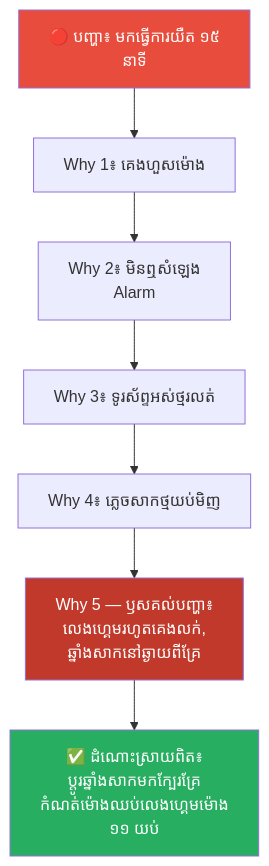
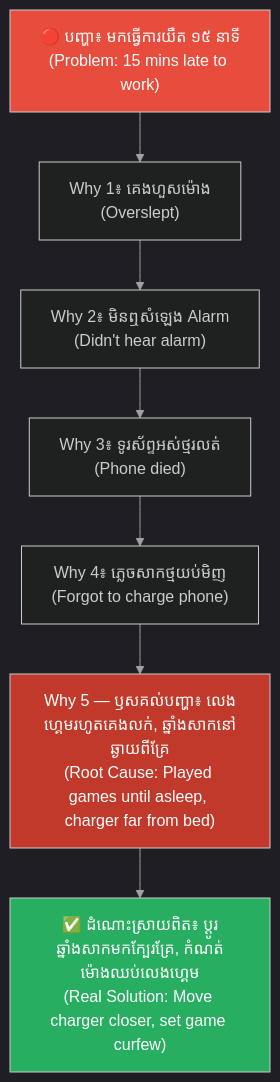
Before and after one commit to GuideStack/iblogger-feeds: the first of 8 diagrams in feeds/concepts/articles/02-five-whys-technique.md, drawn with Mermaid. The commit also changed other lines of this file, not shown here.

````diff
--- a/feeds/concepts/articles/02-five-whys-technique.md
+++ b/feeds/concepts/articles/02-five-whys-technique.md
@@ -87,13 +117,22 @@
 ```mermaid
+%%{init: {
+  'theme': 'dark',
+  'themeVariables': {
+    'background': '#1e1e1e',
+    'primaryTextColor': '#ffffff',
+    'lineColor': '#a0a0a0'
+  },
+  'themeCSS': 'svg { background-color: #1e1e1e !important; padding: 1rem !important; border-radius: 8px !important; } .edgeLabel rect { fill: #1e1e1e !important; } text, tspan { fill: #ffffff !important; }'
+}}%%
 graph TD
-    A["🔴 បញ្ហា៖ មកធ្វើការយឺត ១៥<br/>នាទី"] --> B["Why 1៖ គេងហួសម៉ោង"]
-    B --> C["Why 2៖ មិនឮសំឡេង<br/>Alarm"]
-    C --> D["Why 3៖ ទូរស័ព្ទអស់ថ្មរលត់"]
-    D --> E["Why 4៖ ភ្លេចសាកថ្មយប់មិញ"]
-    E --> F["Why 5 — ឫសគល់បញ្ហា៖<br/>លេងហ្គេមរហូតគេងលក់,<br/>ឆ្នាំងសាកនៅឆ្ងាយពីគ្រែ"]
-    F --> G["✅ ដំណោះស្រាយពិត៖<br/>ប្តូរឆ្នាំងសាកមកក្បែរគ្រែ<br/>កំណត់ម៉ោងឈប់លេងហ្គេមម៉ោង<br/>១១ យប់"]
+    A["🔴 បញ្ហា៖ មកធ្វើការយឺត ១៥ នាទី<br/>(Problem: 15 mins late to work)"] --> B["Why 1៖ គេងហួសម៉ោង<br/>(Overslept)"]
+    B --> C["Why 2៖ មិនឮសំឡេង Alarm<br/>(Didn't hear alarm)"]
+    C --> D["Why 3៖ ទូរស័ព្ទអស់ថ្មរលត់<br/>(Phone died)"]
+    D --> E["Why 4៖ ភ្លេចសាកថ្មយប់មិញ<br/>(Forgot to charge phone)"]
+    E --> F["Why 5 — ឫសគល់បញ្ហា៖ លេងហ្គេមរហូតគេងលក់, ឆ្នាំងសាកនៅឆ្ងាយពីគ្រែ<br/>(Root Cause: Played games until asleep, charger far from bed)"]
+    F --> G["✅ ដំណោះស្រាយពិត៖ ប្តូរឆ្នាំងសាកមកក្បែរគ្រែ, កំណត់ម៉ោងឈប់លេងហ្គេម<br/>(Real Solution: Move charger closer, set game curfew)"]
 
     style A fill:#e74c3c,color:#fff
     style F fill:#c0392b,color:#fff
     style G fill:#27ae60,color:#fff
 ```
````
